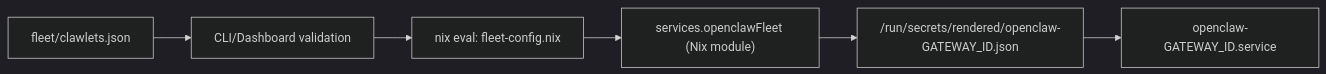
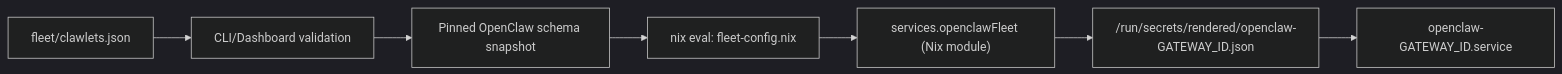
The diagram in apps/docs/content/docs/configuration/typed-surfaces.mdx (regenrek/clawlets), drawn with Mermaid (dark theme) before and after one commit. The commit also changed other lines of this file and 2 other files, not shown here.

Commit message:
docs: align OpenClaw schema docs with generated snapshot

````diff
--- a/apps/docs/content/docs/configuration/typed-surfaces.mdx
+++ b/apps/docs/content/docs/configuration/typed-surfaces.mdx
@@ -64,8 +80,9 @@
 ```mermaid
 flowchart LR
   A["fleet/clawlets.json"] --> B["CLI/Dashboard validation"]
-  B --> C["nix eval: fleet-config.nix"]
+  B --> S["Pinned OpenClaw schema snapshot"]
+  S --> C["nix eval: fleet-config.nix"]
   C --> D["services.openclawFleet (Nix module)"]
   D --> E["/run/secrets/rendered/openclaw-GATEWAY_ID.json"]
   E --> F["openclaw-GATEWAY_ID.service"]
 ```
````
